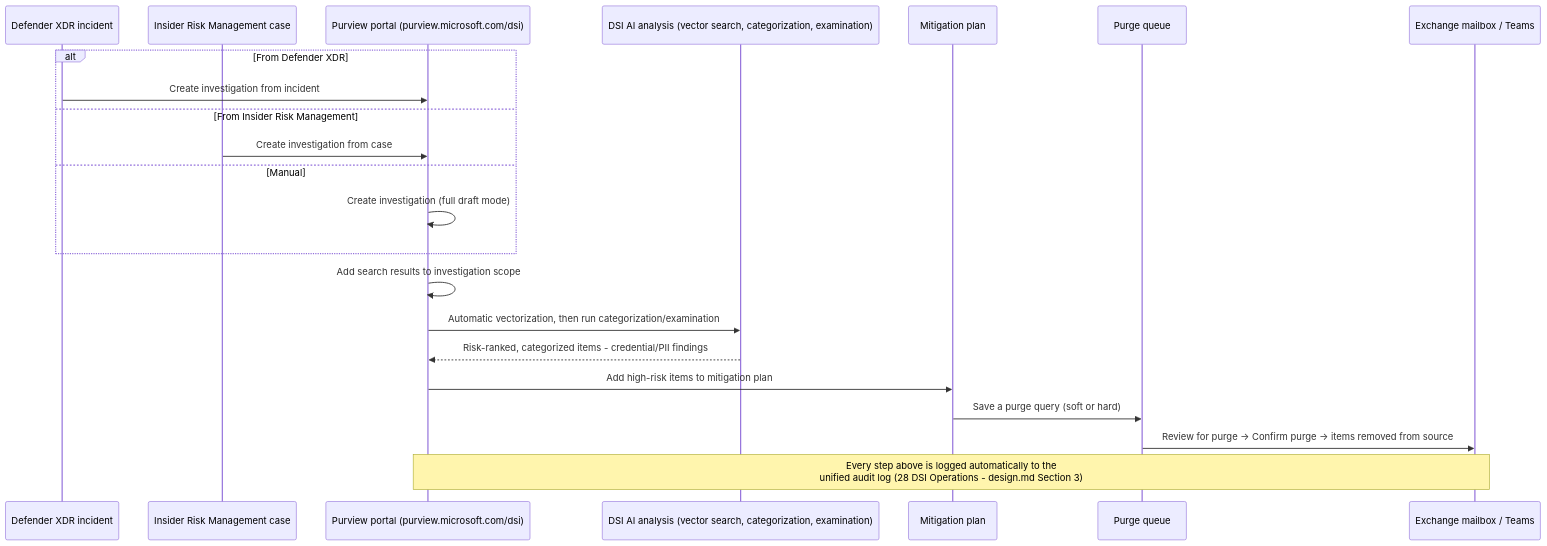
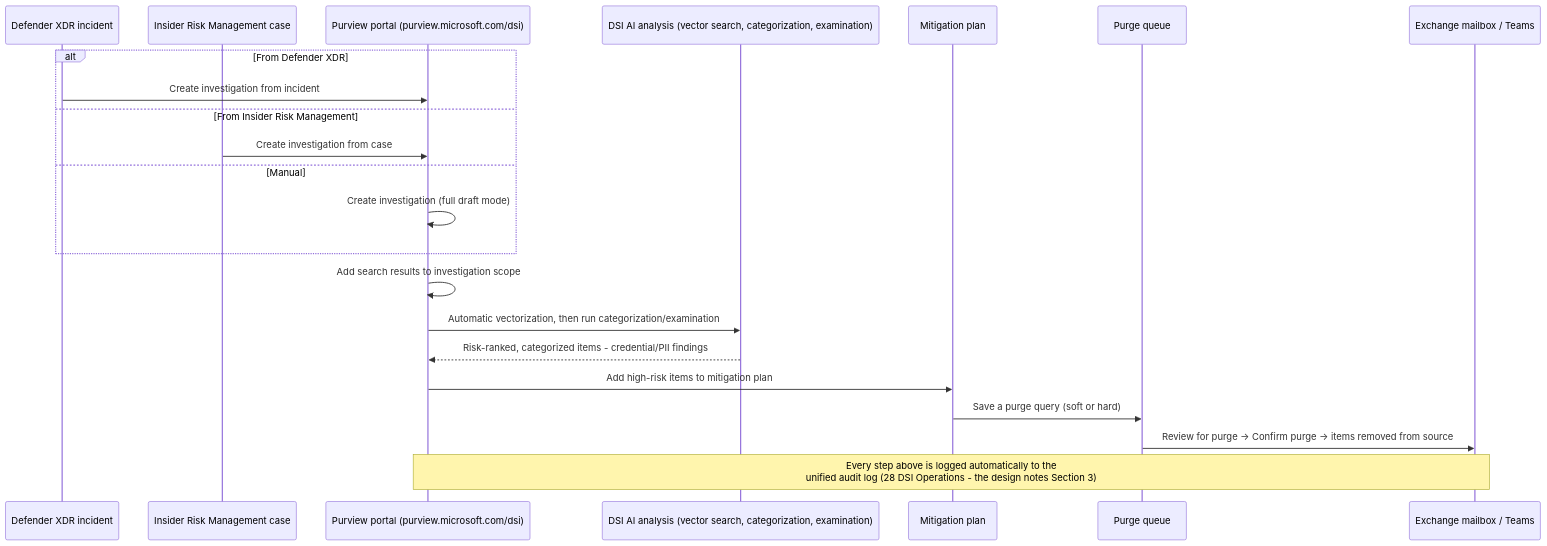
One commit to kpsec1/kpsec1.github.io changed the first of 2 diagrams in src/content/scenarios/data-security-investigations/post-breach-investigation-and-purge.design.md. Above: the diagram before and after it, drawn with Mermaid. The commit also changed 269 other files, not shown here.

````diff
--- a/src/content/scenarios/data-security-investigations/post-breach-investigation-and-purge.design.md
+++ b/src/content/scenarios/data-security-investigations/post-breach-investigation-and-purge.design.md
@@ -70,25 +70,25 @@
 ```mermaid
 sequenceDiagram
     participant XDR as Defender XDR incident
     participant IRM as Insider Risk Management case
     participant Portal as Purview portal (purview.microsoft.com/dsi)
     participant AI as DSI AI analysis (vector search, categorization, examination)
     participant Mit as Mitigation plan
     participant Purge as Purge queue
     participant Src as Exchange mailbox / Teams
 
     alt From Defender XDR
         XDR->>Portal: Create investigation from incident
     else From Insider Risk Management
         IRM->>Portal: Create investigation from case
     else Manual
         Portal->>Portal: Create investigation (full draft mode)
     end
     Portal->>Portal: Add search results to investigation scope
     Portal->>AI: Automatic vectorization, then run categorization/examination
     AI-->>Portal: Risk-ranked, categorized items -  credential/PII findings
     Portal->>Mit: Add high-risk items to mitigation plan
     Mit->>Purge: Save a purge query (soft or hard)
     Purge->>Src: Review for purge -> Confirm purge -> items removed from source
-    Note over Portal,Src: Every step above is logged automatically to the<br/>unified audit log (28 DSI Operations - design.md Section 3)
+    Note over Portal,Src: Every step above is logged automatically to the<br/>unified audit log (28 DSI Operations - the design notes Section 3)
 ```
````
